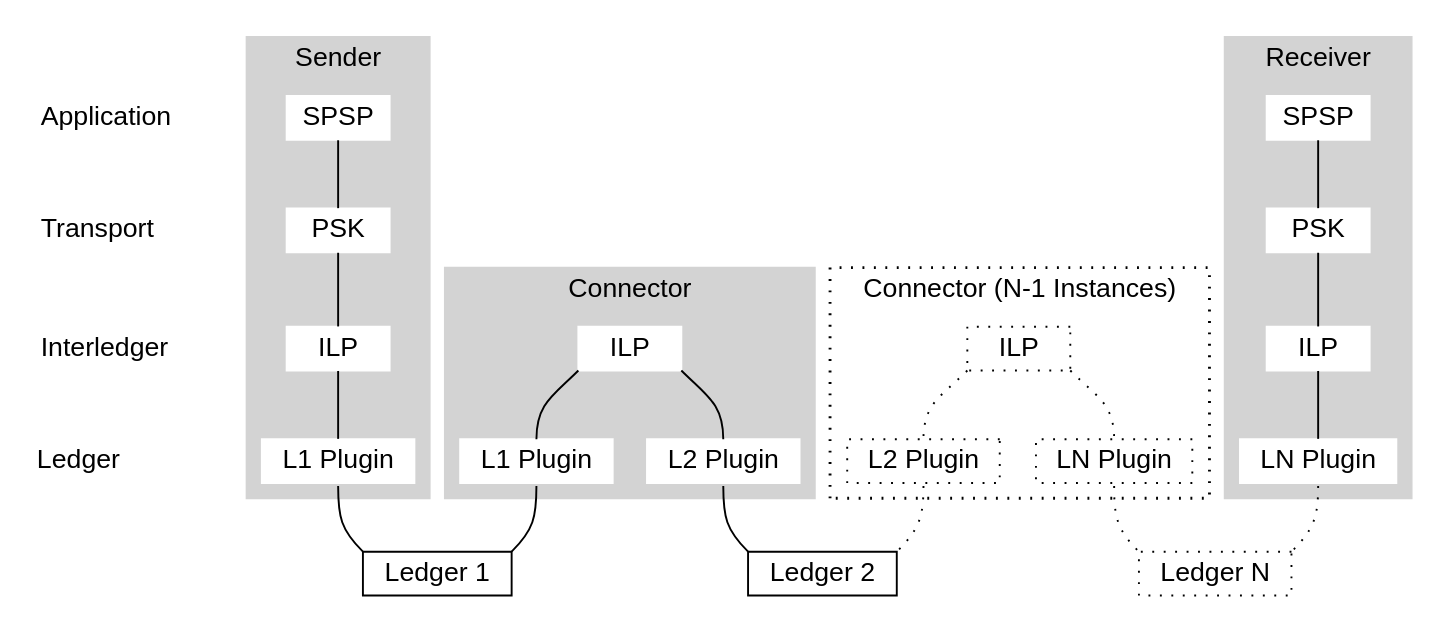
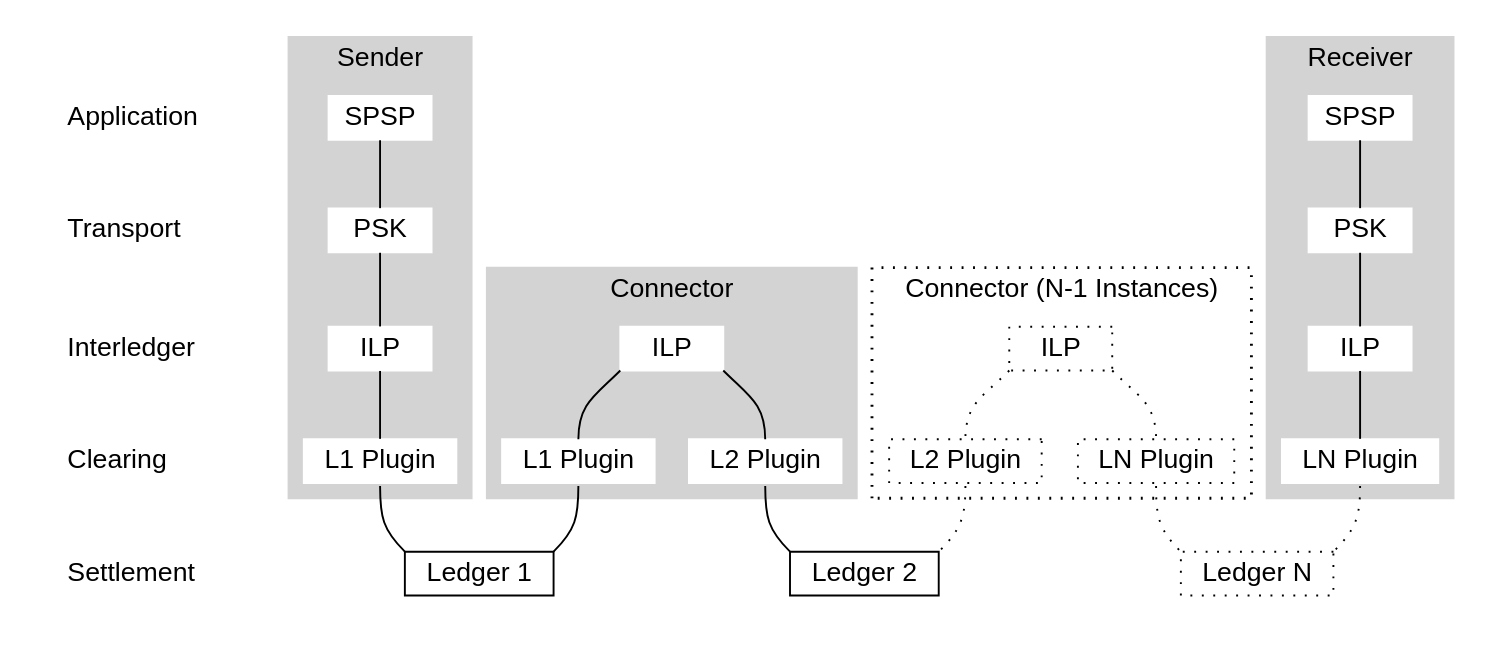
Before and after one commit to interledger/rfcs: the diagram in shared/graphs/protocol-suite.dot, drawn with Graphviz. The commit also changed 2 other files, not shown here.

Commit message:
docs(1): ledger layer -> clearing + settlement layers
When we originally started working on Interledger, we thought of it
as a Real-Time Gross Settlement protocol. However, we have shfited to
thinking of it as primarily a protocol for clearing payments.
Nevertheless, we still refer to the layer below the Interledger layer as
the "Ledger Layer". This is confusing because it refers to both
settlement and clearing systems.

This commit splits what was formerly known as the Ledger Layer into the
Settlement Layer and Clearing Layer. This change should make it easier
to explain why we may assume _clearing_ is fast and inexpensive, even if
the underlying ledger or settlement system is slow or has high fees.

```diff
--- a/shared/graphs/protocol-suite.dot
+++ b/shared/graphs/protocol-suite.dot
@@ -1,79 +1,83 @@
 graph G {
   node [shape = box,height=.1,fontname = "helvetica"];
   newrank=true;
 
-  app [label="Application\l" shape="plaintext" width=1.5]
-  transport [label="Transport\l" shape="plaintext" width=1.5]
-  interledger [label="Interledger\l" shape="plaintext" width=1.5]
-  ledger [label="Ledger\l" shape="plaintext" width=1.5]
+  subgraph cluster_labels {
+    style=invis;
+    app [label="Application\l" shape="plaintext" width=1.5]
+    transport [label="Transport\l" shape="plaintext" width=1.5]
+    interledger [label="Interledger\l" shape="plaintext" width=1.5]
+    clearing [label="Clearing\l" shape="plaintext" width=1.5]
+    settlement [label="Settlement\l" shape="plaintext" width=1.5]
+  }
 
   subgraph cluster_0 {
     style=filled;
     color=lightgrey;
     node [style=filled,color=white];
     app1 [label=SPSP];
     tr1 [label=PSK];
     im1 [label="ILP"];
     lli1 [label="L1 Plugin"];
     app1 -- tr1 -- im1 -- lli1;
     label = "Sender";
     fontname = "helvetica";
   }
 
   subgraph cluster_1 {
     style=filled;
     color=lightgrey;
     node [style=filled,color=white];
     im2 [label="ILP"];
     lli2[label="L1 Plugin"];
     lli3 [label="L2 Plugin"];
     im2:sw -- lli2:n;
     im2:se -- lli3:n;
     label = "Connector";
     fontname = "helvetica";
   }
 
   subgraph cluster_2 {
     style=dotted;
     color=black;
     penwidth=1.5;
     node [style=dotted,color=black];
     im3 [label="ILP"];
     lli4[label="L2 Plugin"];
     lli5 [label="LN Plugin"];
     im3:sw -- lli4:n [style=dotted];
     im3:se -- lli5:n [style=dotted];
     label = "Connector (N-1 Instances)";
     fontname = "helvetica";
   }
 
   subgraph cluster_3 {
     style=filled;
     color=lightgrey;
     node [style=filled,color=white];
     app2 [label=SPSP];
     tr2 [label=PSK];
     im4 [label="ILP"];
     lli6 [label="LN Plugin"];
     app2 -- tr2 -- im4 -- lli6;
     label = "Receiver";
     fontname = "helvetica";
   }
 
+  l1 [shape=box label="Ledger 1"];
+  l2 [shape=box label="Ledger 2"];
+  l3 [shape=box label="Ledger N" style=dotted];
+
   lli1:s -- l1:nw;
   lli2:s -- l1:ne;
   lli3:s -- l2:nw;
   lli4:s -- l2:ne [style=dotted];
   lli5:s -- l3:nw [style=dotted];
   lli6:s -- l3:ne [style=dotted];
 
-  l1 [shape=box label="Ledger 1"];
-  l2 [shape=box label="Ledger 2"];
-  l3 [shape=box label="Ledger N" style=dotted];
-
   { rank=same; app app1 app2 }
   { rank=same; transport tr1 tr2 }
   { rank=same; interledger im1 im2 im3 im4 }
-  { rank=same; ledger lli1 lli2 lli3 lli4 lli5 lli6}
-  { rank=same; l1 l2 l3 }
+  { rank=same; clearing lli1 lli2 lli3 lli4 lli5 lli6}
+  { rank=same; settlement l1 l2 l3 }
 }
```
